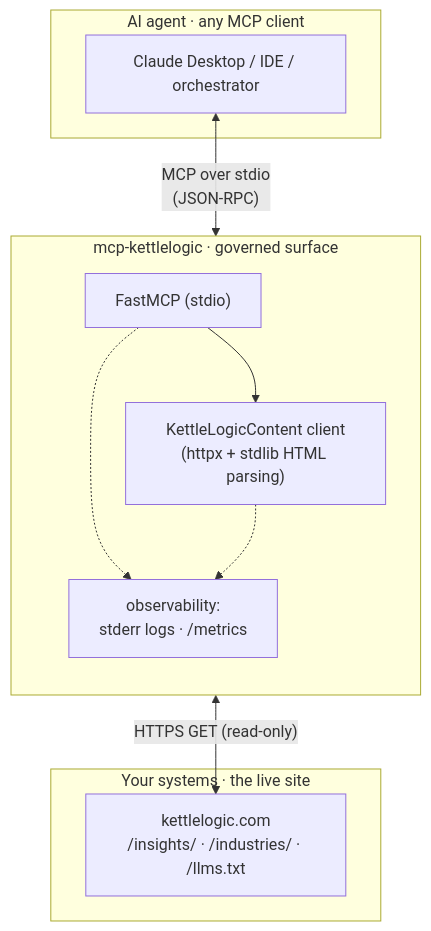
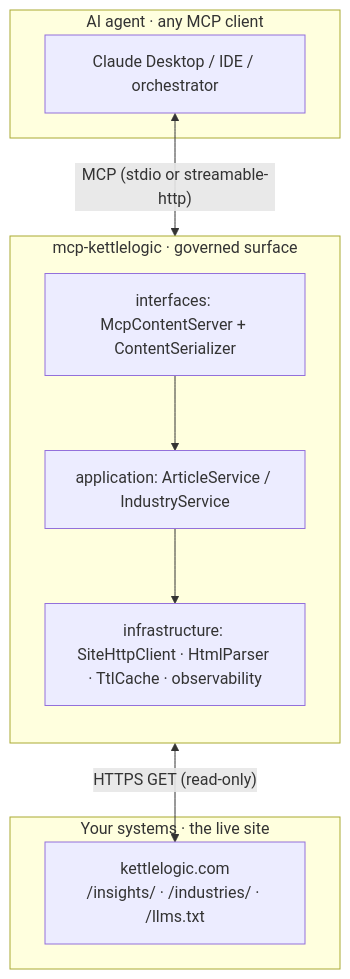
One commit to mploschiavo/mcp-kettlelogic changed the first of 2 diagrams in ARCHITECTURE.md. Above: the diagram before and after it, drawn with Mermaid. The commit also changed other lines of this file and 17 other files, not shown here.

````diff
--- a/ARCHITECTURE.md
+++ b/ARCHITECTURE.md
@@ -9,20 +36,18 @@
 ```mermaid
 flowchart TB
     subgraph agent["AI agent · any MCP client"]
       C["Claude Desktop / IDE / orchestrator"]
     end
     subgraph mcp["mcp-kettlelogic · governed surface"]
       direction TB
-      F["FastMCP (stdio)"]
-      K["KettleLogicContent client<br/>(httpx + stdlib HTML parsing)"]
-      O["observability:<br/>stderr logs · /metrics"]
-      F --> K
-      F -.-> O
-      K -.-> O
+      I["interfaces: McpContentServer + ContentSerializer"]
+      A["application: ArticleService / IndustryService"]
+      F["infrastructure: SiteHttpClient · HtmlParser · TtlCache · observability"]
+      I --> A --> F
     end
     subgraph site["Your systems · the live site"]
       S["kettlelogic.com<br/>/insights/ · /industries/ · /llms.txt"]
     end
-    C <-->|"MCP over stdio<br/>(JSON-RPC)"| F
-    K <-->|"HTTPS GET (read-only)"| S
+    C <-->|"MCP (stdio or streamable-http)"| I
+    F <-->|"HTTPS GET (read-only)"| S
 ```
````
